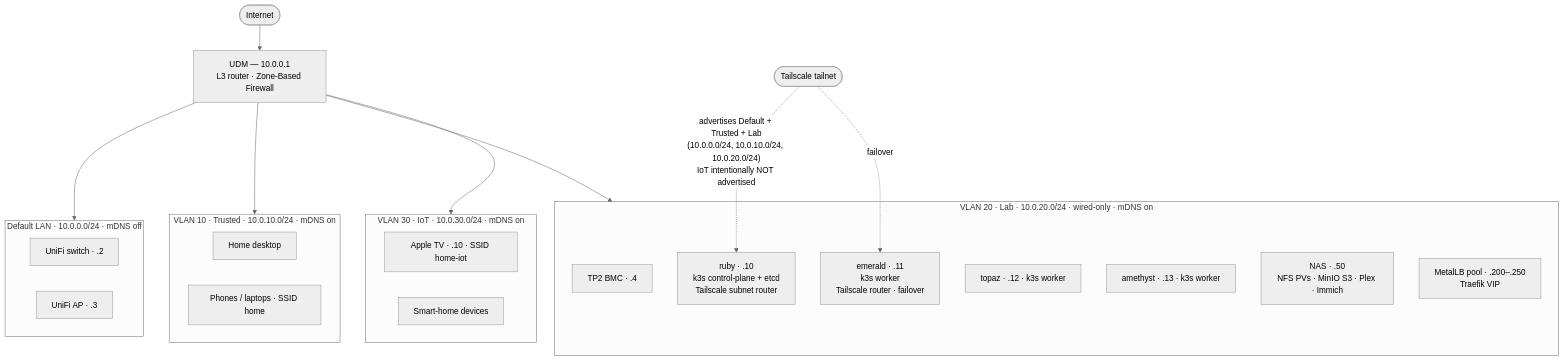
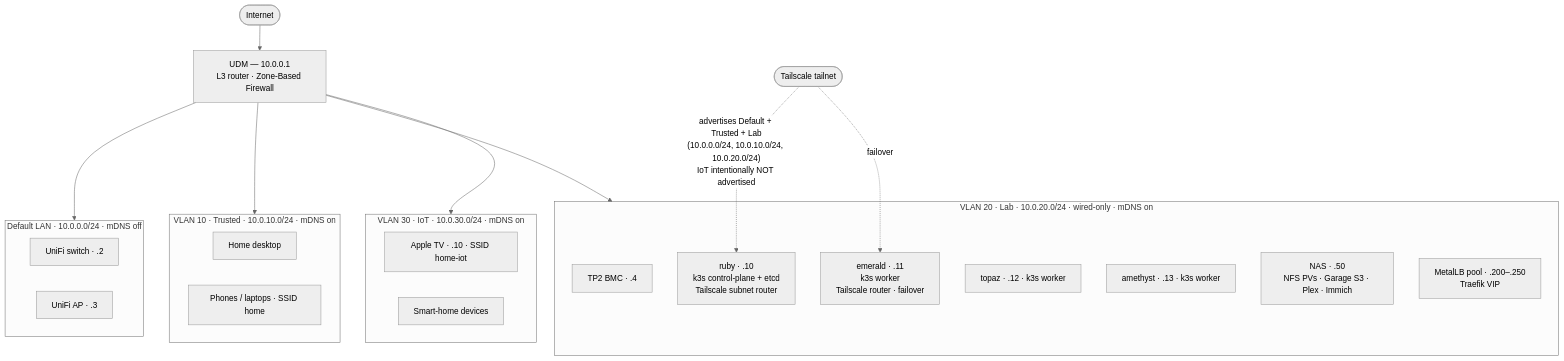
The diagram in docs/02-networking.md (alivenda/homelab-docs), drawn with Mermaid (neutral theme) before and after one commit. The commit also changed other lines of this file and 3 other files, not shown here.

First line of the commit message:
Migrate docs off archived MinIO to Garage

````diff
--- a/docs/02-networking.md
+++ b/docs/02-networking.md
@@ -69,37 +69,37 @@
 ```mermaid
 flowchart TB
     INET([Internet]) --> UDM["UDM — 10.0.0.1<br/>L3 router · Zone-Based Firewall"]
 
     subgraph DEFAULT["Default LAN · 10.0.0.0/24 · mDNS off"]
         SW["UniFi switch · .2"]
         AP["UniFi AP · .3"]
     end
 
     subgraph TRUSTED["VLAN 10 · Trusted · 10.0.10.0/24 · mDNS on"]
         DESK["Home desktop"]
         PHONES["Phones / laptops · SSID home"]
     end
 
     subgraph LAB["VLAN 20 · Lab · 10.0.20.0/24 · wired-only · mDNS on"]
         BMC["TP2 BMC · .4"]
         RUBY["ruby · .10<br/>k3s control-plane + etcd<br/>Tailscale subnet router"]
         EMERALD["emerald · .11<br/>k3s worker<br/>Tailscale router · failover"]
         TOPAZ["topaz · .12 · k3s worker"]
         AMETHYST["amethyst · .13 · k3s worker"]
-        NAS["NAS · .50<br/>NFS PVs · MinIO S3 · Plex · Immich"]
+        NAS["NAS · .50<br/>NFS PVs · Garage S3 · Plex · Immich"]
         METALLB["MetalLB pool · .200–.250<br/>Traefik VIP"]
     end
 
     subgraph IOT["VLAN 30 · IoT · 10.0.30.0/24 · mDNS on"]
         ATV["Apple TV · .10 · SSID home-iot"]
         SMART["Smart-home devices"]
     end
 
     UDM --> DEFAULT
     UDM --> TRUSTED
     UDM --> LAB
     UDM --> IOT
 
     TAILNET([Tailscale tailnet]) -.->|"advertises Default + Trusted + Lab<br/>(10.0.0.0/24, 10.0.10.0/24, 10.0.20.0/24)<br/>IoT intentionally NOT advertised"| RUBY
     TAILNET -.->|failover| EMERALD
 ```
````
